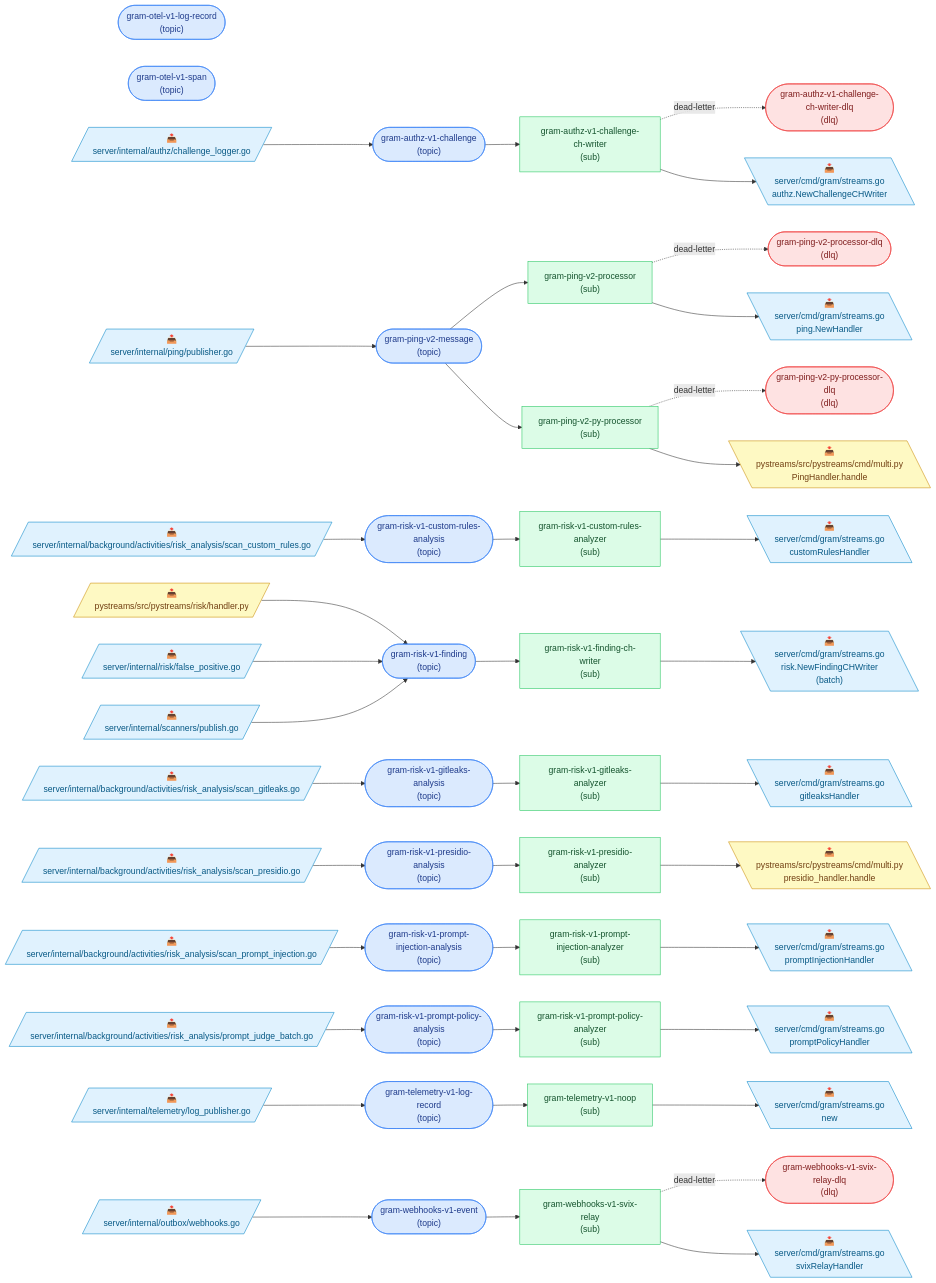
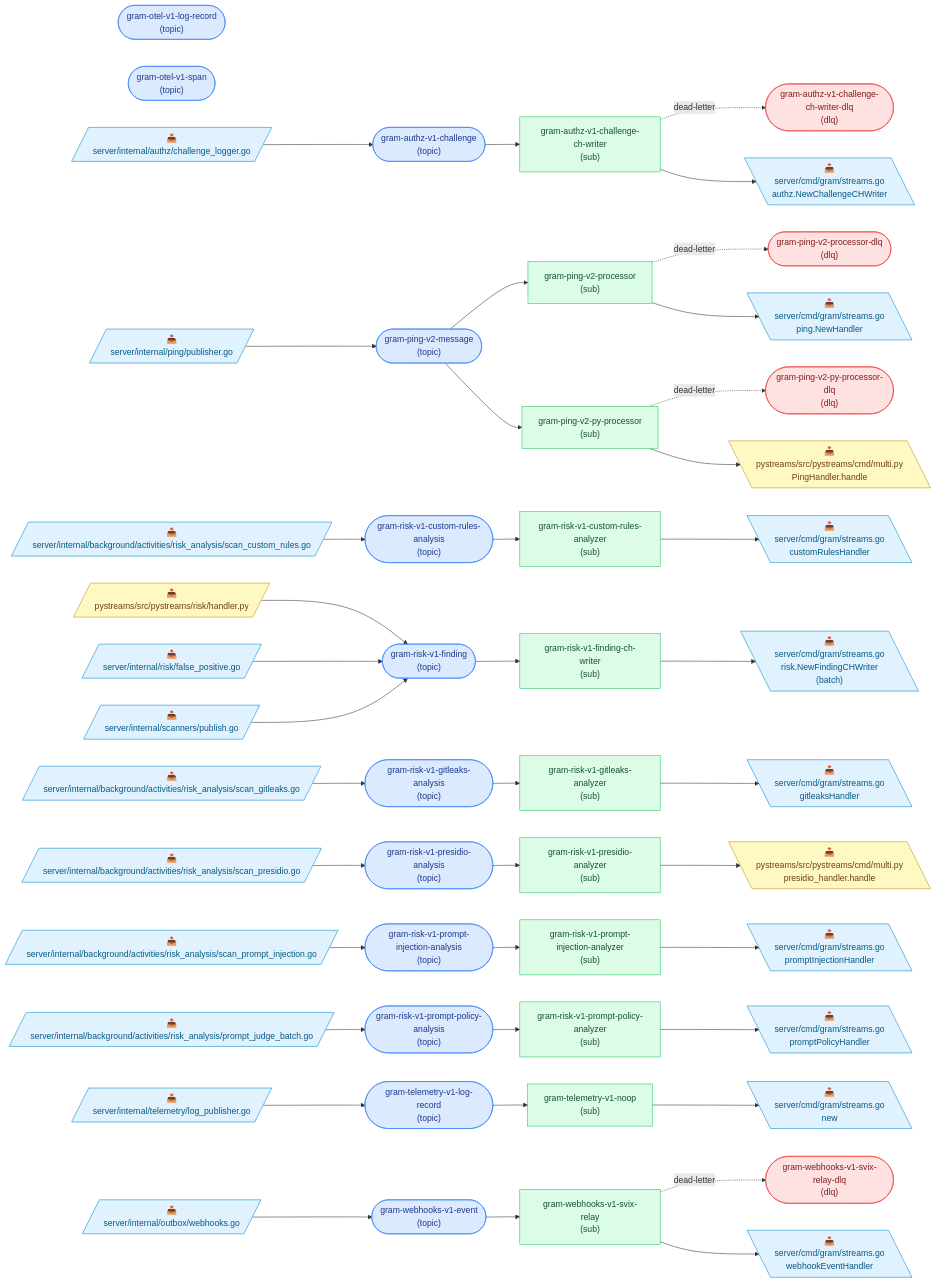
The diagram in docs/pubsub-topology.md (speakeasy-api/gram), drawn with Mermaid before and after one commit. The commit also changed 10 other files, not shown here.

````diff
--- a/docs/pubsub-topology.md
+++ b/docs/pubsub-topology.md
@@ -102,6 +102,6 @@
   s_gram_risk_v1_prompt_policy_analyzer --> c20
   c21[\"📥<br/>server/cmd/gram/streams.go<br/>new"\]:::go
   s_gram_telemetry_v1_noop --> c21
-  c22[\"📥<br/>server/cmd/gram/streams.go<br/>svixRelayHandler"\]:::go
+  c22[\"📥<br/>server/cmd/gram/streams.go<br/>webhookEventHandler"\]:::go
   s_gram_webhooks_v1_svix_relay --> c22
 ```
````
